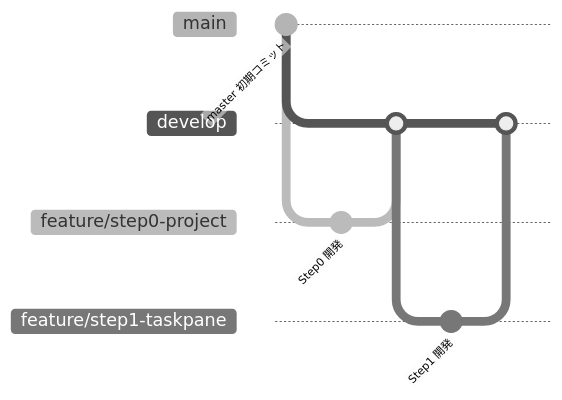
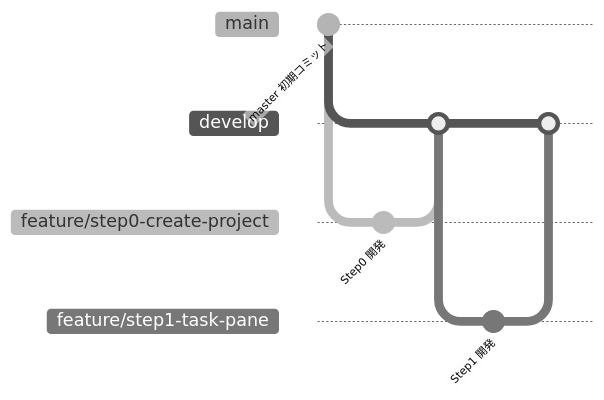
The third of 3 diagrams in Agents.md (nk-taka623/VerticalSheetTabs), drawn with Mermaid (neutral theme) before and after one commit. The commit also changed other lines of this file, not shown here.

````diff
--- a/Agents.md
+++ b/Agents.md
@@ -131,14 +131,14 @@
 ```mermaid
 gitGraph
     commit id: "master 初期コミット"
     branch develop
     checkout develop
-    branch feature/step0-project
+    branch feature/step0-create-project
     commit id: "Step0 開発"
     checkout develop
-    merge feature/step0-project
-    branch feature/step1-taskpane
+    merge feature/step0-create-project
+    branch feature/step1-task-pane
     commit id: "Step1 開発"
     checkout develop
-    merge feature/step1-taskpane
+    merge feature/step1-task-pane
 ```
````
